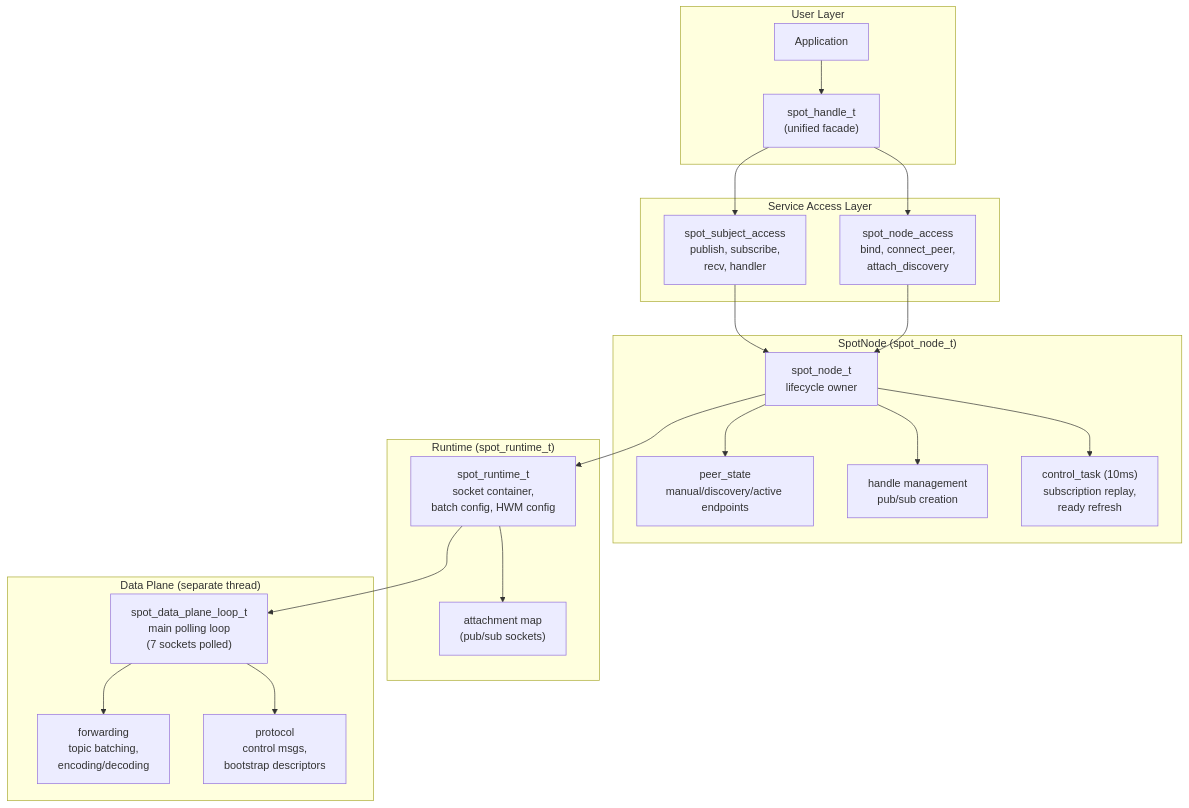
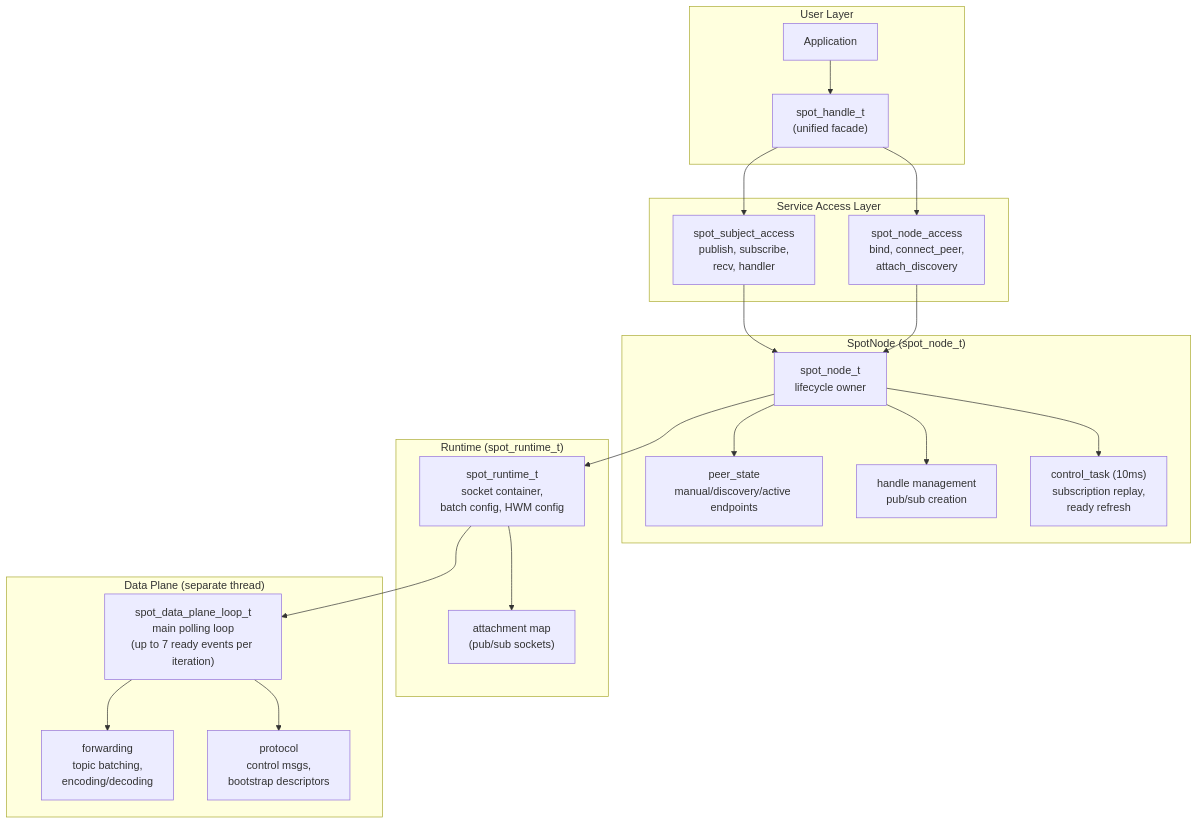
The first of 14 diagrams in doc/internals/spot-internals.md (kairos-code-dev/zlink), drawn with Mermaid before and after one commit. The commit also changed 376 other files, not shown here.

````diff
--- a/doc/internals/spot-internals.md
+++ b/doc/internals/spot-internals.md
@@ -7,44 +7,44 @@
 ```mermaid
 flowchart TB
     subgraph UserLayer["User Layer"]
         app["Application"]
         spot_handle["spot_handle_t<br/>(unified facade)"]
     end
 
     subgraph AccessLayer["Service Access Layer"]
         subject_access["spot_subject_access<br/>publish, subscribe,<br/>recv, handler"]
         node_access["spot_node_access<br/>bind, connect_peer,<br/>attach_discovery"]
     end
 
     subgraph NodeLayer["SpotNode (spot_node_t)"]
         node_core["spot_node_t<br/>lifecycle owner"]
         peer_state["peer_state<br/>manual/discovery/active endpoints"]
         handles["handle management<br/>pub/sub creation"]
         control_task["control_task (10ms)<br/>subscription replay,<br/>ready refresh"]
     end
 
     subgraph RuntimeLayer["Runtime (spot_runtime_t)"]
         runtime["spot_runtime_t<br/>socket container,<br/>batch config, HWM config"]
         attachments["attachment map<br/>(pub/sub sockets)"]
     end
 
     subgraph DataPlaneLayer["Data Plane (separate thread)"]
-        dp_loop["spot_data_plane_loop_t<br/>main polling loop<br/>(7 sockets polled)"]
+        dp_loop["spot_data_plane_loop_t<br/>main polling loop<br/>(up to 7 ready events per iteration)"]
         dp_fwd["forwarding<br/>topic batching,<br/>encoding/decoding"]
         dp_proto["protocol<br/>control msgs,<br/>bootstrap descriptors"]
     end
 
     app --> spot_handle
     spot_handle --> subject_access
     spot_handle --> node_access
     subject_access --> node_core
     node_access --> node_core
     node_core --> peer_state
     node_core --> handles
     node_core --> control_task
     node_core --> runtime
     runtime --> attachments
     runtime --> dp_loop
     dp_loop --> dp_fwd
     dp_loop --> dp_proto
 ```
````
